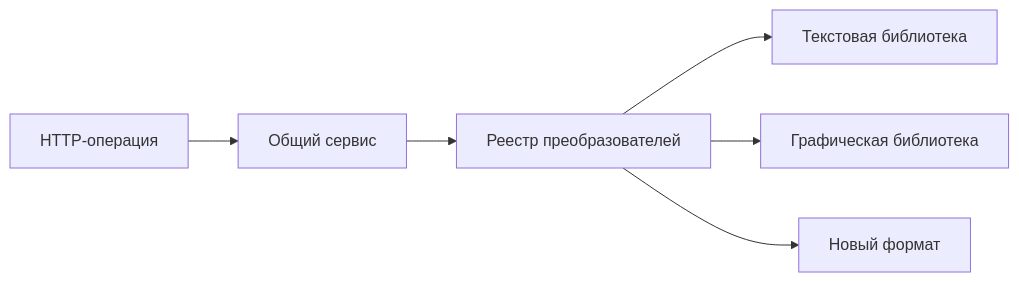
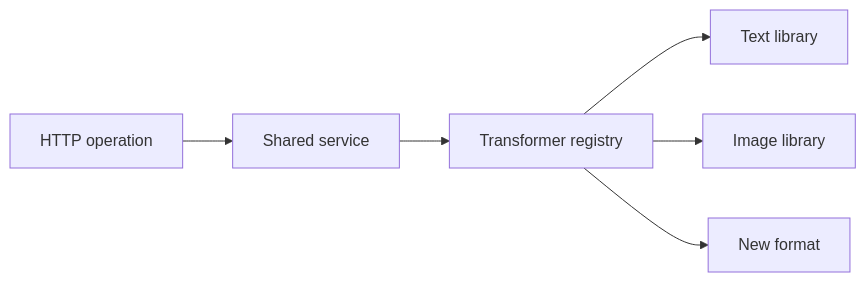
Before and after one commit to pavel-skripko-innowise/inno-fe-be-a1: the second of 2 diagrams in courses-content/backend/A/1/en/4.2.0 Общие требования к трансформации файлов.md, drawn with Mermaid. The commit also changed other lines of this file and 35 other files, not shown here.

````diff
--- a/courses-content/backend/A/1/en/4.2.0 Общие требования к трансформации файлов.md
+++ b/courses-content/backend/A/1/en/4.2.0 Общие требования к трансформации файлов.md
@@ -57,8 +57,8 @@
 ```mermaid
 flowchart LR
-  Controller[HTTP-операция] --> Service[Общий сервис]
-  Service --> Registry[Реестр преобразователей]
-  Registry --> Text[Текстовая библиотека]
-  Registry --> Image[Графическая библиотека]
-  Registry --> Future[Новый формат]
+  Controller[HTTP operation] --> Service[Shared service]
+  Service --> Registry[Transformer registry]
+  Registry --> Text[Text library]
+  Registry --> Image[Image library]
+  Registry --> Future[New format]
 ```
````
